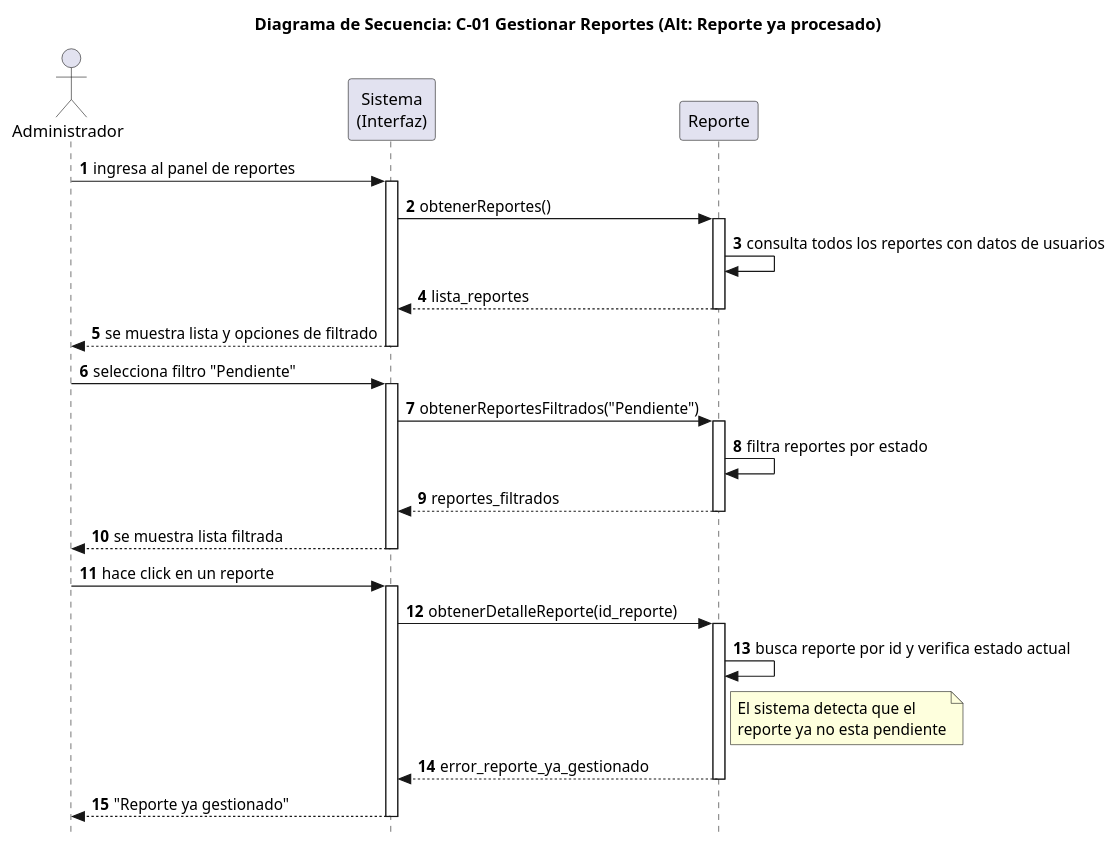
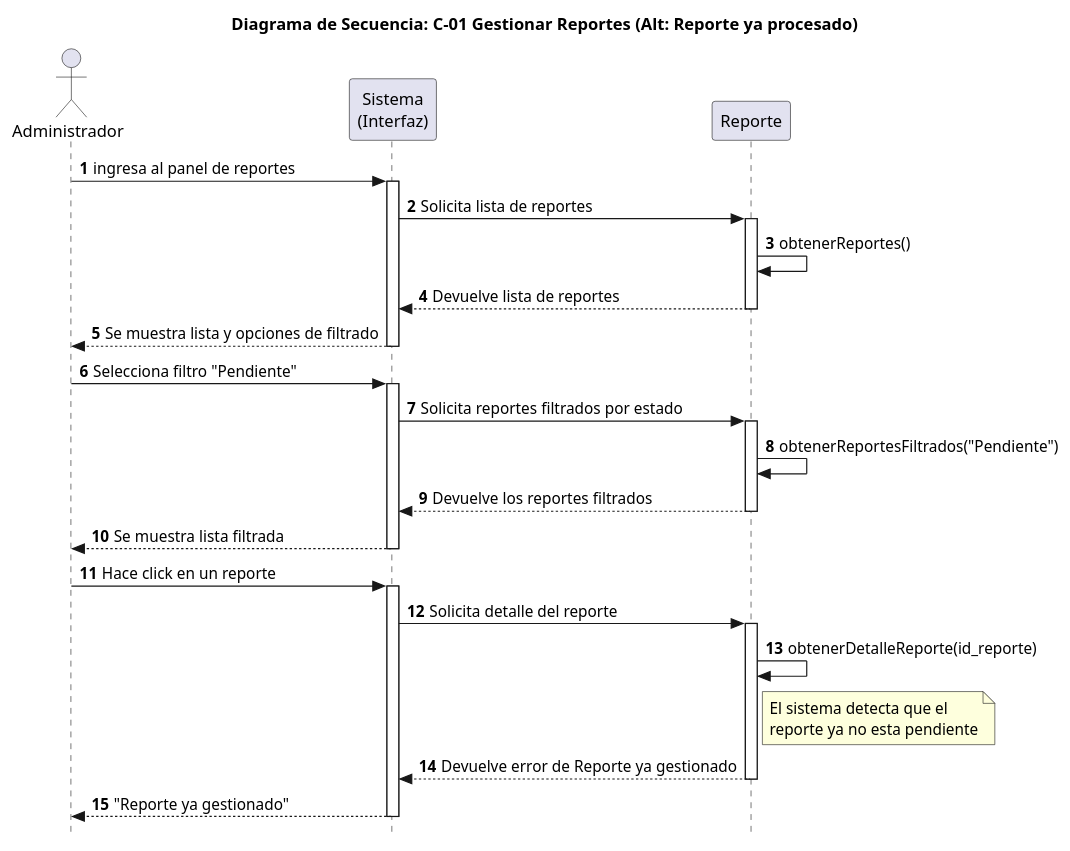
The diagram in docs/puml/C-01 Gestionar Reportes (Reporte ya procesado).puml (SantiagoScetti/sic-unne-admin), drawn with PlantUML before and after one commit. The commit also changed 5 other files, not shown here.

Commit message:
Actualizacion de codigos UML

```diff
--- a/docs/puml/C-01 Gestionar Reportes (Reporte ya procesado).puml
+++ b/docs/puml/C-01 Gestionar Reportes (Reporte ya procesado).puml
@@ -1,58 +1,58 @@
 @startuml
 
 title Diagrama de Secuencia: C-01 Gestionar Reportes (Alt: Reporte ya procesado)
 
 skinparam style strictuml
 skinparam ParticipantPadding 40
 skinparam BoxPadding 20
 
 autonumber
 
 actor Administrador
 
 participant "Sistema\n(Interfaz)" as Interfaz
 participant "Reporte"             as R
 
 Administrador -> Interfaz: ingresa al panel de reportes
 activate Interfaz
 
-Interfaz -> R: obtenerReportes()
+Interfaz -> R: Solicita lista de reportes
 activate R
-R -> R: consulta todos los reportes con datos de usuarios
-Interfaz <-- R: lista_reportes
+    R -> R: obtenerReportes()
+Interfaz <-- R: Devuelve lista de reportes
 deactivate R
 
-Interfaz --> Administrador: se muestra lista y opciones de filtrado
+Interfaz --> Administrador: Se muestra lista y opciones de filtrado
 deactivate Interfaz
 
-Administrador -> Interfaz: selecciona filtro "Pendiente"
+Administrador -> Interfaz: Selecciona filtro "Pendiente"
 activate Interfaz
 
-Interfaz -> R: obtenerReportesFiltrados("Pendiente")
+Interfaz -> R: Solicita reportes filtrados por estado
 activate R
-R -> R: filtra reportes por estado
-Interfaz <-- R: reportes_filtrados
+    R -> R: obtenerReportesFiltrados("Pendiente")
+Interfaz <-- R: Devuelve los reportes filtrados
 deactivate R
 
-Interfaz --> Administrador: se muestra lista filtrada
+Interfaz --> Administrador: Se muestra lista filtrada
 deactivate Interfaz
 
-Administrador -> Interfaz: hace click en un reporte
+Administrador -> Interfaz: Hace click en un reporte
 activate Interfaz
 
-Interfaz -> R: obtenerDetalleReporte(id_reporte)
+Interfaz -> R: Solicita detalle del reporte
 activate R
-R -> R: busca reporte por id y verifica estado actual
+R -> R: obtenerDetalleReporte(id_reporte)
 
 note right of R
   El sistema detecta que el
   reporte ya no esta pendiente
 end note
 
-Interfaz <-- R: error_reporte_ya_gestionado
+Interfaz <-- R: Devuelve error de Reporte ya gestionado
 deactivate R
 
 Interfaz --> Administrador: "Reporte ya gestionado"
 deactivate Interfaz
 
 @enduml
```
